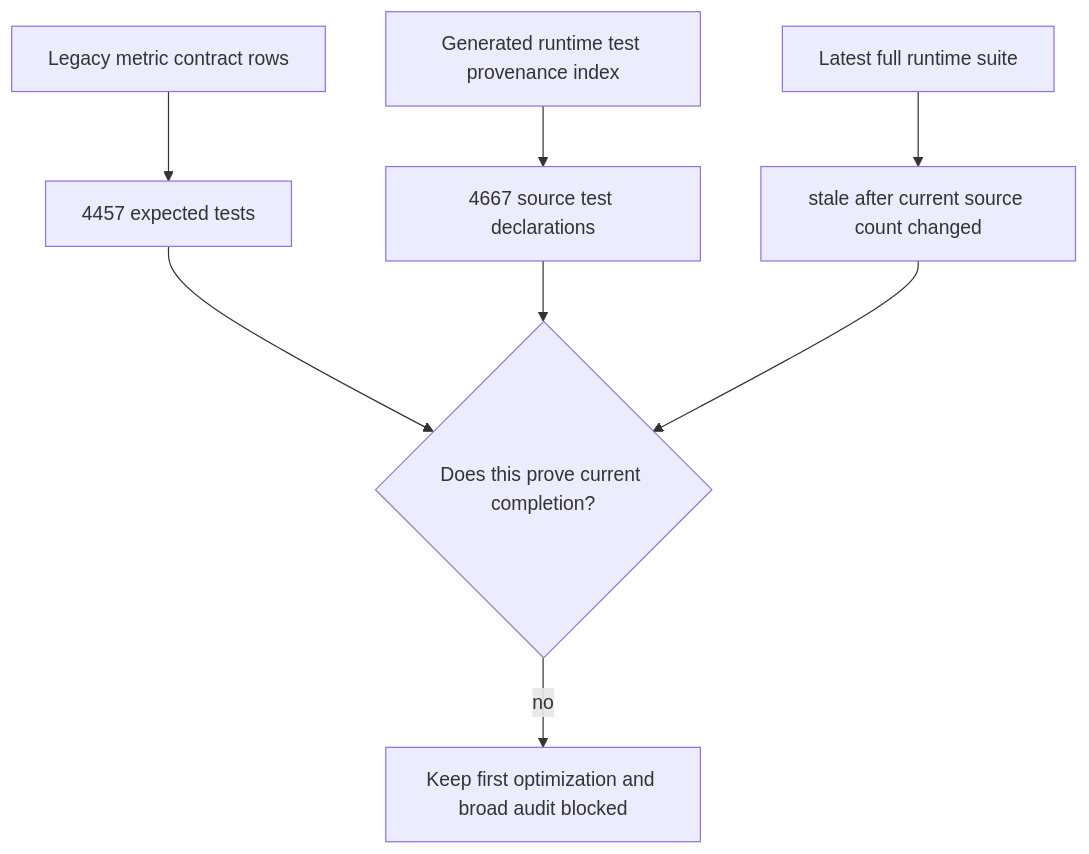
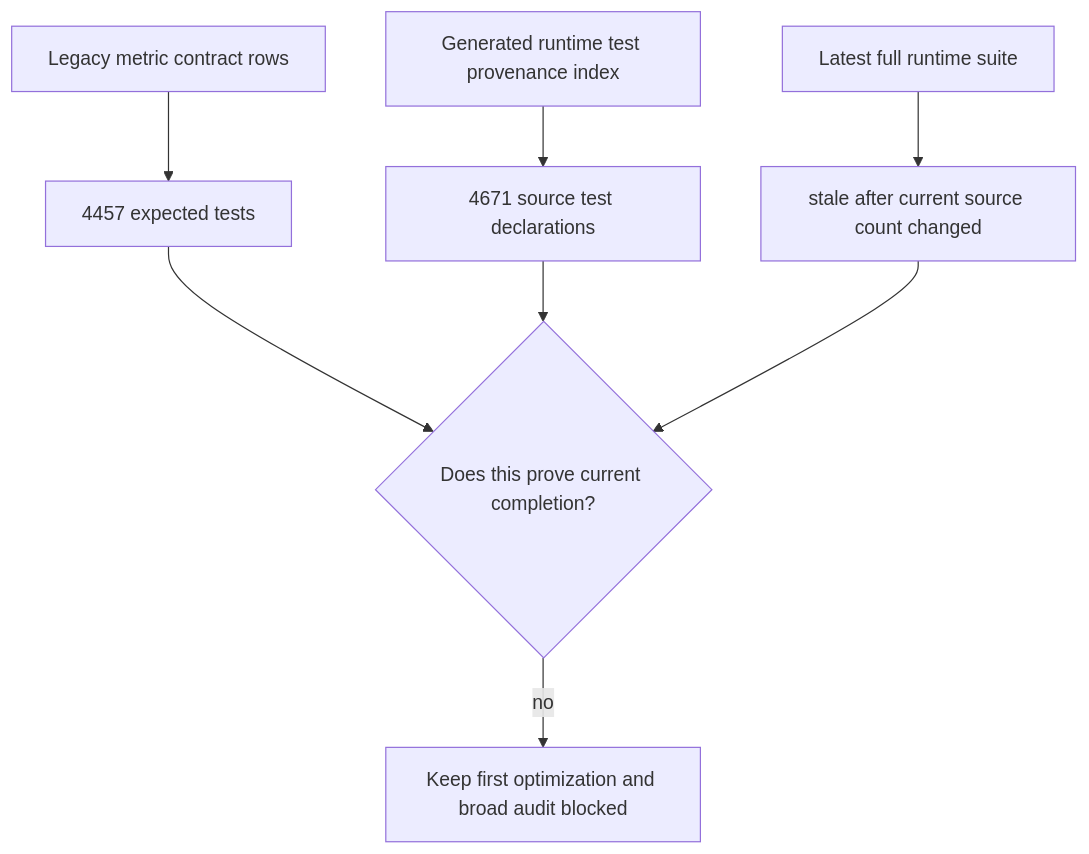
Before and after one commit to varshneydevansh/FilterTube: the first of 6 diagrams in docs/audit/FILTERTUBE_AUDIT_COMPLETION_GAP_REGISTER_2026-05-20.md, drawn with Mermaid. The commit also changed other lines of this file and 634 other files, not shown here.

````diff
--- a/docs/audit/FILTERTUBE_AUDIT_COMPLETION_GAP_REGISTER_2026-05-20.md
+++ b/docs/audit/FILTERTUBE_AUDIT_COMPLETION_GAP_REGISTER_2026-05-20.md
@@ -584,10 +584,10 @@
 ```mermaid
 flowchart TD
   A["Legacy metric contract rows"] --> B["4457 expected tests"]
-  C["Generated runtime test provenance index"] --> D["4667 source test declarations"]
+  C["Generated runtime test provenance index"] --> D["4671 source test declarations"]
   E["Latest full runtime suite"] --> F["stale after current source count changed"]
   B --> G{"Does this prove current completion?"}
   D --> G
   F --> G
   G -->|"no"| H["Keep first optimization and broad audit blocked"]
 ```
````
